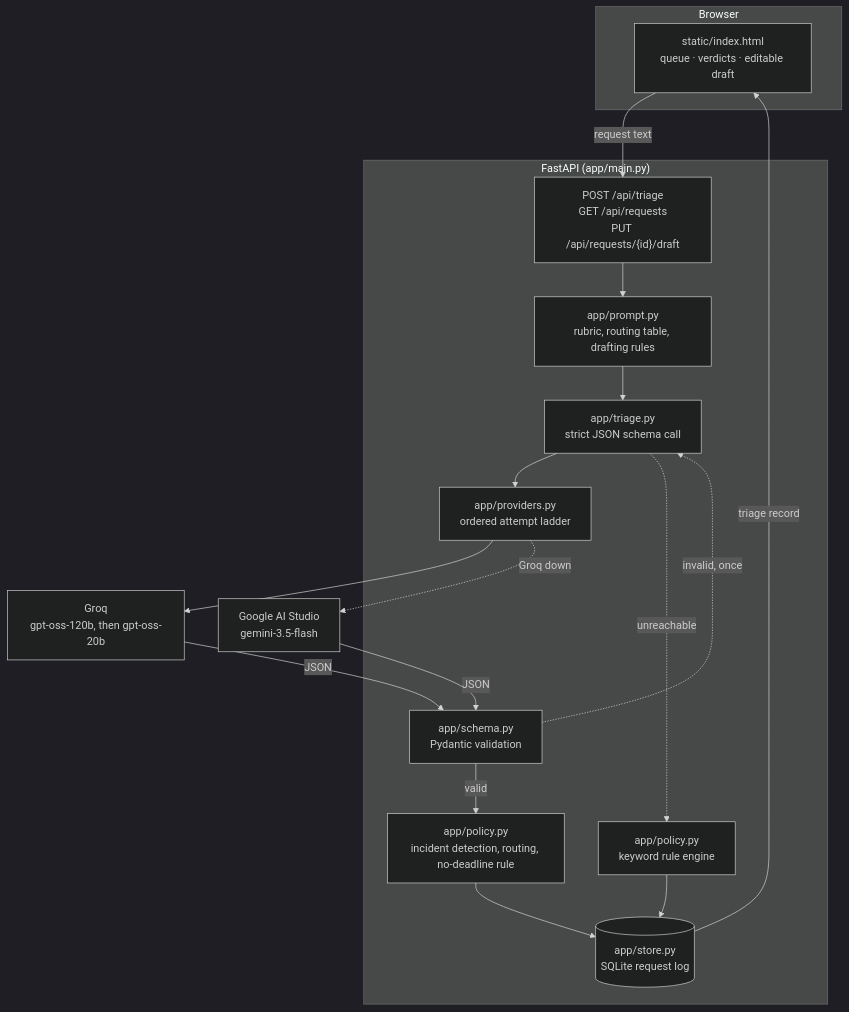
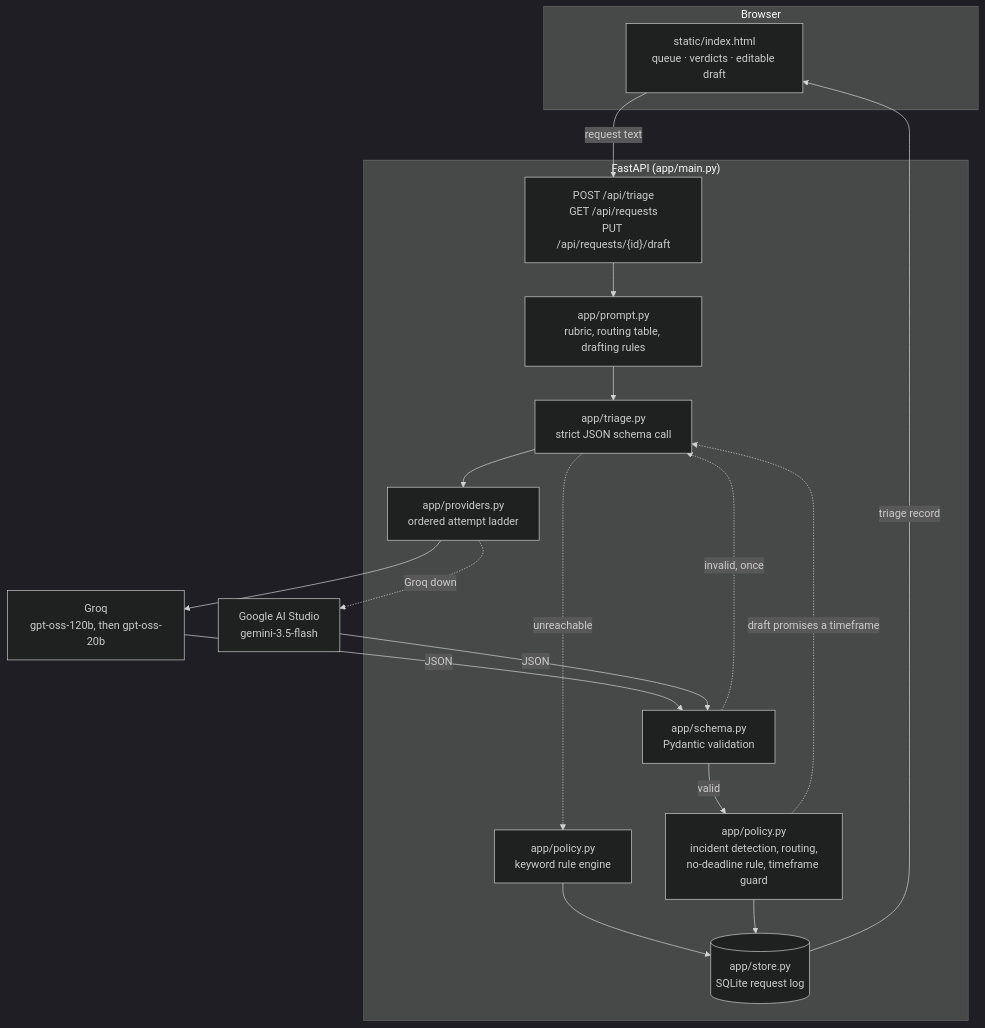
One commit to udit-rawat/frontdesk-triage changed the diagram in README.md. Above: the diagram before and after it, drawn with Mermaid (dark theme). The commit also changed other lines of this file, not shown here.

Commit message:
doc: correct staleness in the readme after the drafting guard landed

````diff
--- a/README.md
+++ b/README.md
@@ -17,33 +17,34 @@
 ```mermaid
 flowchart TB
     subgraph browser["Browser"]
         UI["static/index.html<br/>queue · verdicts · editable draft"]
     end
 
     subgraph server["FastAPI (app/main.py)"]
         API["POST /api/triage<br/>GET /api/requests<br/>PUT /api/requests/{id}/draft"]
         PROMPT["app/prompt.py<br/>rubric, routing table, drafting rules"]
         CALL["app/triage.py<br/>strict JSON schema call"]
         VALID["app/schema.py<br/>Pydantic validation"]
-        POLICY["app/policy.py<br/>incident detection, routing, no-deadline rule"]
+        POLICY["app/policy.py<br/>incident detection, routing,<br/>no-deadline rule, timeframe guard"]
         RULES["app/policy.py<br/>keyword rule engine"]
         LAD["app/providers.py<br/>ordered attempt ladder"]
         DB[("app/store.py<br/>SQLite request log")]
     end
 
     GROQ["Groq<br/>gpt-oss-120b, then gpt-oss-20b"]
     GOOG["Google AI Studio<br/>gemini-3.5-flash"]
 
     UI -->|"request text"| API
     API --> PROMPT --> CALL --> LAD
     LAD --> GROQ
     LAD -.->|"Groq down"| GOOG
     GROQ -->|"JSON"| VALID
     GOOG -->|"JSON"| VALID
     VALID -->|"valid"| POLICY
+    POLICY -.->|"draft promises a timeframe"| CALL
     VALID -.->|"invalid, once"| CALL
     CALL -.->|"unreachable"| RULES
     RULES --> DB
     POLICY --> DB
     DB -->|"triage record"| UI
 ```
````
